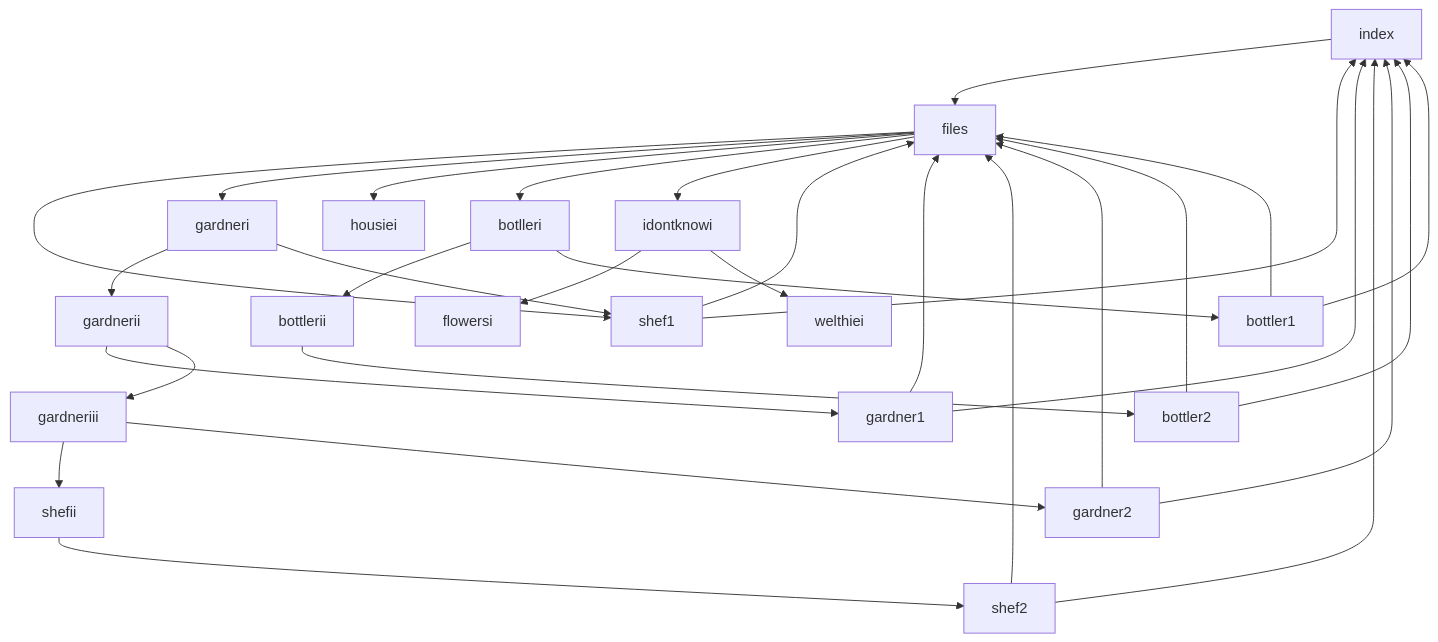
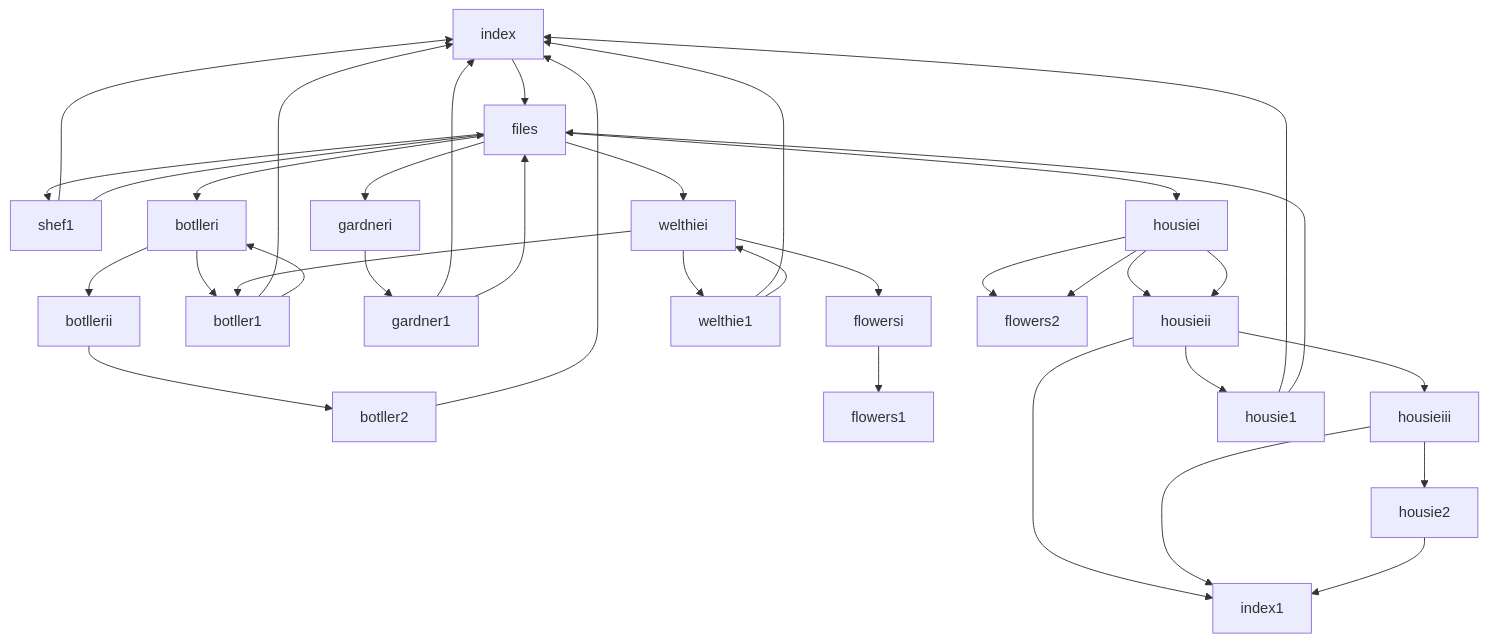
The diagram in README.md (rgbhsl/detective-flowers), drawn with Mermaid before and after one commit.

````diff
--- a/README.md
+++ b/README.md
@@ -18,27 +18,39 @@
 ```mermaid
+
 graph TD;
-    index --> files;
-    files --> shef1 & gardneri & housiei & botlleri & idontknowi
+    index --> files
+    files --> shef1 & gardneri & housiei & botlleri & welthiei
+
+%%Shef, 1 ending
     shef1 --> index & files
-    shef2 --> index & files
+
+%%Botller, 2 endings
+    botlleri --> botllerii & botller1
+    botllerii --> botller2
+    botller1 --> index & botlleri
+    botller2 --> index
+
+%%Gardner, 1 ending
+    gardneri --> gardner1
     gardner1 --> index & files
-    gardner2 --> index & files
-    bottler1 --> index & files
-    bottler2 --> index & files
-    gardneri -->  gardnerii & shef1
-    botlleri --> bottlerii & bottler1
-    gardnerii --> gardner1 & gardneriii
-    gardneriii --> shefii & gardner2
-    shefii --> shef2
-    bottlerii --> bottler2
-    idontknowi --> flowersi & welthiei
+
+%%Welthie, 1 ending
+    welthiei --> flowersi & welthie1 & botller1
+    welthie1 --> index & welthiei
+
+%%Flowers, 2 endings + 1 index ending
+    flowersi --> flowers1
+    housiei --> housieii & flowers2
+
+
+%%Housie, 2 endings + 1 index ending
+    housiei --> housieii & flowers2
+    housieii --> index1 & housieiii & housie1
+    housieiii --> index1 & housie2
+    housie1 --> index & files
+    housie2 --> index1
     
 
 
 
-
-
-
-
-   
 ```
````
